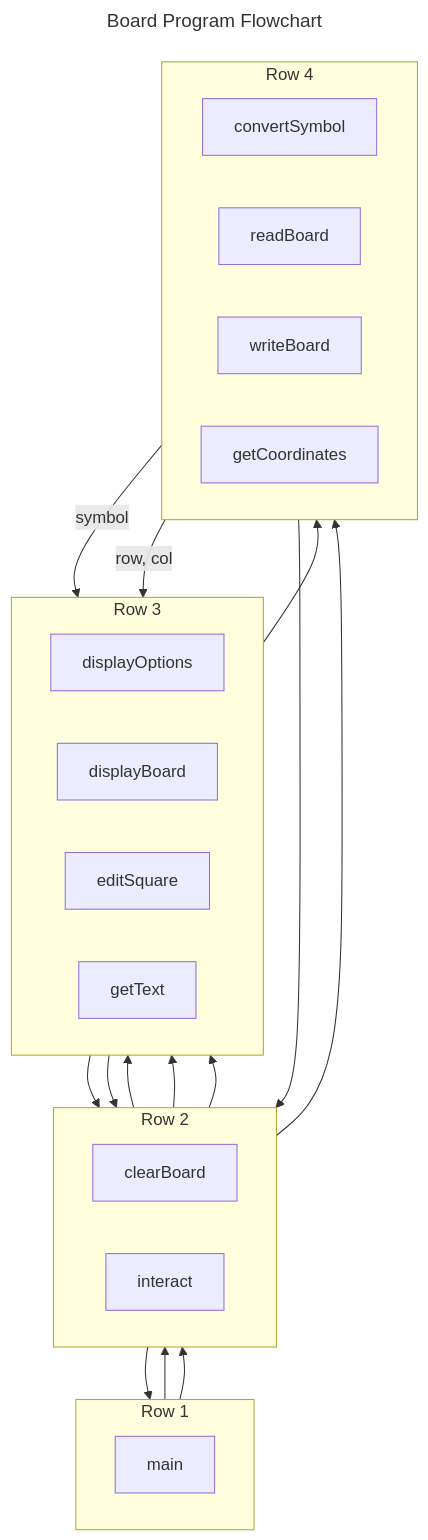
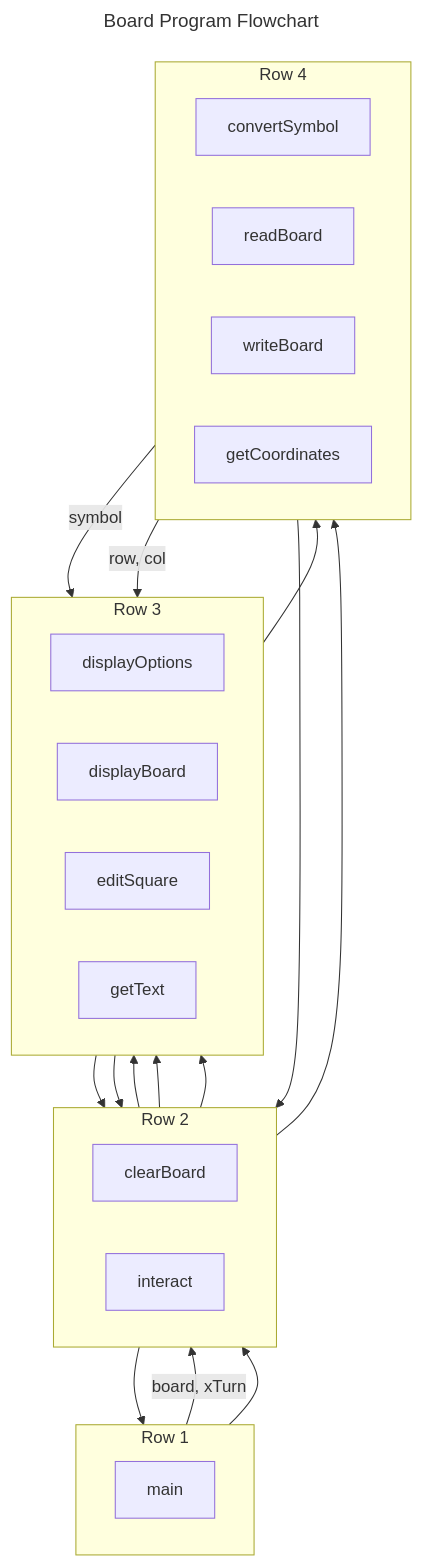
Before and after one commit to ehrrsn7/object-oriented-programming: the diagram in cpp/Unit-1/Chapter-1.0/1.0-Design-Documents.ai.md, drawn with Mermaid.

Commit message:
🤖 AI C21910i11:10 AM: ${AMi8e04AMge} | ${7AM11:10 AMe}

```diff
--- a/cpp/Unit-1/Chapter-1.0/1.0-Design-Documents.ai.md
+++ b/cpp/Unit-1/Chapter-1.0/1.0-Design-Documents.ai.md
@@ -196,54 +196,54 @@
 :::mermaid
 ---
 title: Board Program Flowchart
 layout: hierarchical
 flowchart:
    htmlLabels: false
 ---
 flowchart TB
    subgraph subGraph1["Row 1"]
       direction LR
 
       main["main"]
    end
 
    subgraph subGraph2["Row 2"]
       direction RL
 
       clearBoard["clearBoard"]
       interact["interact"]
    end
 
    subgraph subGraph3["Row 3"]
       direction LR
 
       displayOptions["displayOptions"]
       displayBoard["displayBoard"]
       editSquare["editSquare"]
       getText["getText"]
    end
 
    subgraph subGraph4["Row 4"]
       direction LR
 
       convertSymbol["convertSymbol"]
       readBoard["readBoard"]
       writeBoard["writeBoard"]
       getCoordinates["getCoordinates"]
    end
 
-   main --> interact
+   main -->|board, xTurn| interact
 
    displayOptions --> interact
    interact --> displayBoard
    readBoard --> interact
    interact --> writeBoard
    interact --> editSquare
    getText --> interact
    clearBoard --> main
 
    convertSymbol -->|symbol| displayBoard
    getCoordinates -->|row, col| editSquare
 
    subGraph1 --> subGraph2 --> subGraph3 --> subGraph4
 :::
```
